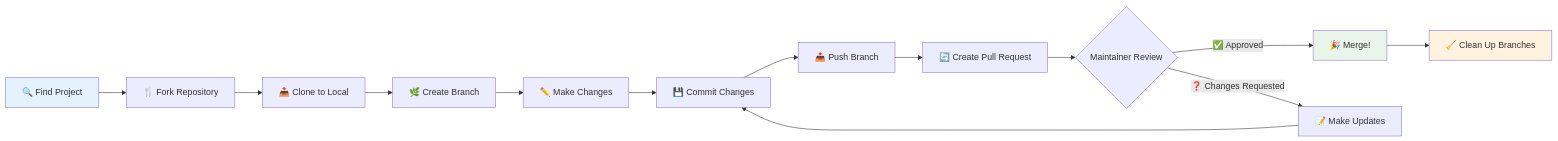
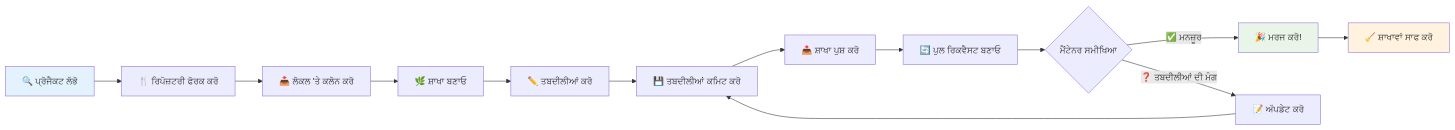
One commit to microsoft/Web-Dev-For-Beginners changed the second of 3 diagrams in translations/pa/1-getting-started-lessons/2-github-basics/README.md. Above: the diagram before and after it, drawn with Mermaid. The commit also changed other lines of this file and 11 other files, not shown here.

````diff
--- a/translations/pa/1-getting-started-lessons/2-github-basics/README.md
+++ b/translations/pa/1-getting-started-lessons/2-github-basics/README.md
@@ -274,19 +218,19 @@
 ```mermaid
 flowchart LR
-    A[🔍 Find Project] --> B[🍴 Fork Repository]
-    B --> C[📥 Clone to Local]
-    C --> D[🌿 Create Branch]
-    D --> E[✏️ Make Changes]
-    E --> F[💾 Commit Changes]
-    F --> G[📤 Push Branch]
-    G --> H[🔄 Create Pull Request]
-    H --> I{Maintainer Review}
-    I -->|✅ Approved| J[🎉 Merge!]
-    I -->|❓ Changes Requested| K[📝 Make Updates]
+    A[🔍 ਪ੍ਰੋਜੈਕਟ ਲੱਭੋ] --> B[🍴 ਰਿਪੋਜ਼ਟਰੀ ਫੋਰਕ ਕਰੋ]
+    B --> C[📥 ਲੋਕਲ 'ਤੇ ਕਲੋਨ ਕਰੋ]
+    C --> D[🌿 ਸ਼ਾਖਾ ਬਣਾਓ]
+    D --> E[✏️ ਤਬਦੀਲੀਆਂ ਕਰੋ]
+    E --> F[💾 ਤਬਦੀਲੀਆਂ ਕਮਿਟ ਕਰੋ]
+    F --> G[📤 ਸ਼ਾਖਾ ਪੁਸ਼ ਕਰੋ]
+    G --> H[🔄 ਪੁਲ ਰਿਕਵੈਸਟ ਬਣਾਓ]
+    H --> I{ਮੈਂਟੇਨਰ ਸਮੀਖਿਆ}
+    I -->|✅ ਮਨਜ਼ੂਰ| J[🎉 ਮਰਜ ਕਰੋ!]
+    I -->|❓ ਤਬਦੀਲੀਆਂ ਦੀ ਮੰਗ| K[📝 ਅੱਪਡੇਟ ਕਰੋ]
     K --> F
-    J --> L[🧹 Clean Up Branches]
+    J --> L[🧹 ਸ਼ਾਖਾਵਾਂ ਸਾਫ ਕਰੋ]
     
     style A fill:#e3f2fd
     style J fill:#e8f5e8
     style L fill:#fff3e0
 ```
````
